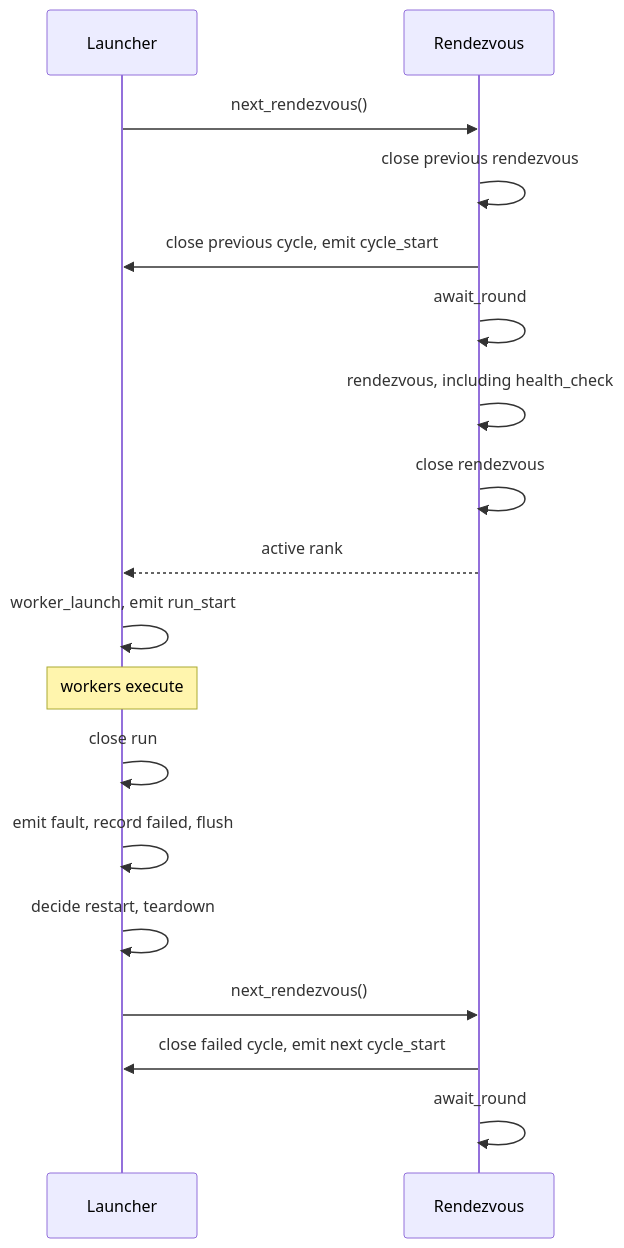
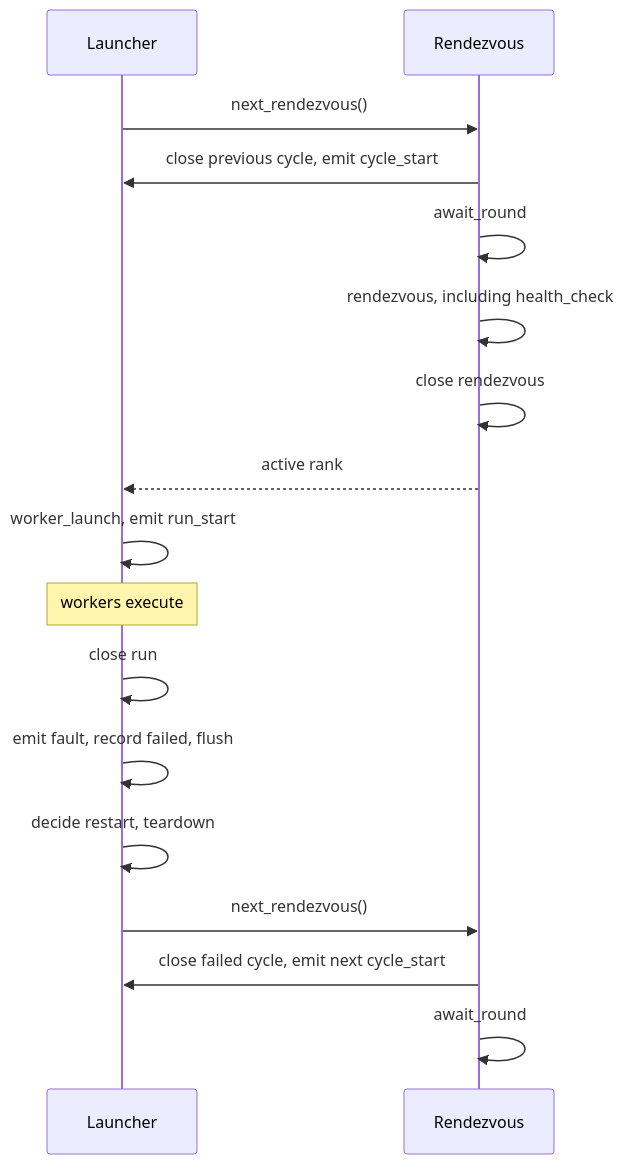
Before and after one commit to NVIDIA/nvidia-resiliency-ext: the diagram in docs/design/telemetry/NEMO_LENS.md, drawn with Mermaid. The commit also changed other lines of this file and 5 other files, not shown here.

````diff
--- a/docs/design/telemetry/NEMO_LENS.md
+++ b/docs/design/telemetry/NEMO_LENS.md
@@ -76,21 +76,20 @@
 ```mermaid
 sequenceDiagram
     participant L as Launcher
     participant R as Rendezvous
 
     L->>R: next_rendezvous()
-    R->>R: close previous rendezvous
     R->>L: close previous cycle, emit cycle_start
     R->>R: await_round
     R->>R: rendezvous, including health_check
     R->>R: close rendezvous
     R-->>L: active rank
     L->>L: worker_launch, emit run_start
     Note over L: workers execute
     L->>L: close run
     L->>L: emit fault, record failed, flush
     L->>L: decide restart, teardown
     L->>R: next_rendezvous()
     R->>L: close failed cycle, emit next cycle_start
     R->>R: await_round
 ```
````
